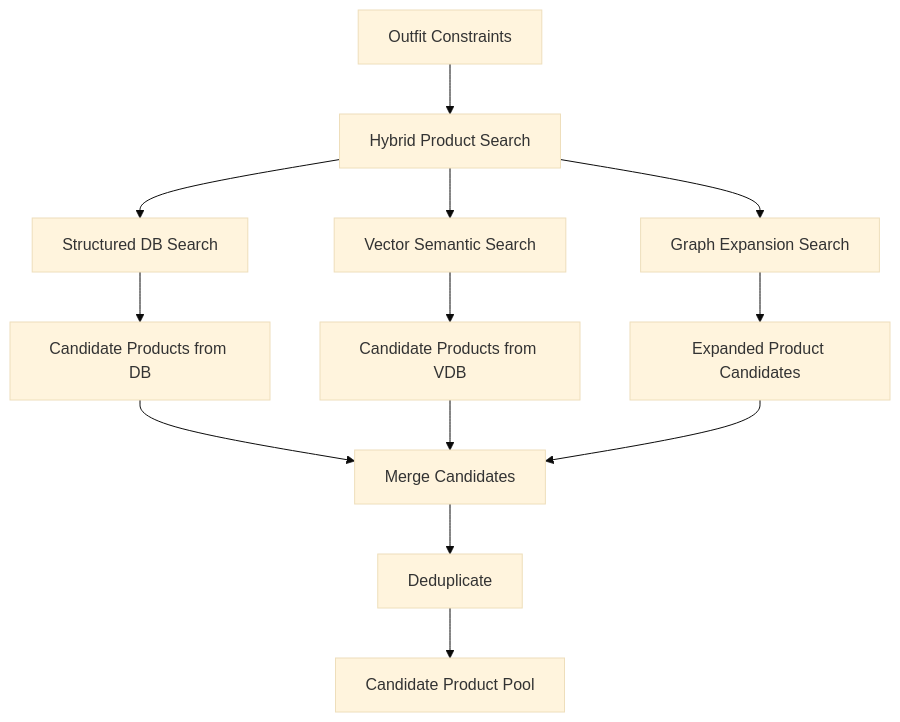
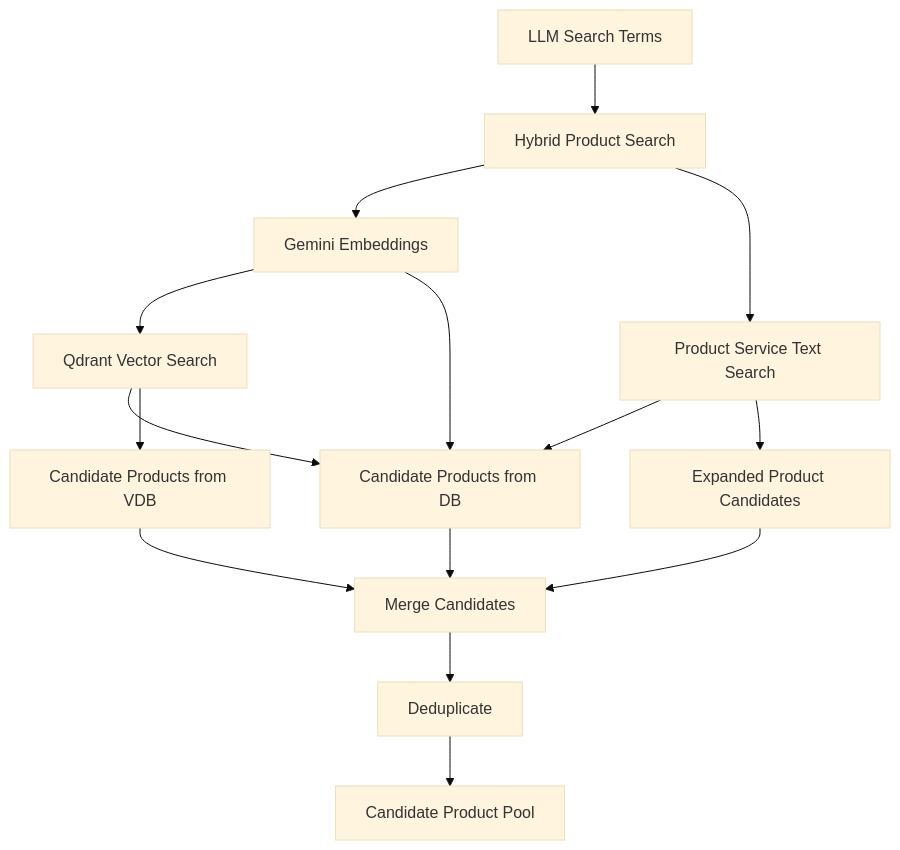
One commit to chuong2610/AI-stylist-recommendation changed the fourth of 7 diagrams in pipeline.md. Above: the diagram before and after it, drawn with Mermaid (base theme). The commit also changed other lines of this file and 26 other files, not shown here.

Commit message:
Refactor recommendation pipeline and hybrid product search

````diff
--- a/pipeline.md
+++ b/pipeline.md
@@ -609,19 +610,21 @@
 ```mermaid
 flowchart TD
-    A[Outfit Constraints] --> B[Hybrid Product Search]
+    A[LLM Search Terms] --> B[Hybrid Product Search]
 
-    B --> C[Structured DB Search]
-    B --> D[Vector Semantic Search]
-    B --> E[Graph Expansion Search]
+    B --> C[Gemini Embeddings]
+    C --> D[Qdrant Vector Search]
+    B --> E[Product Service Text Search]
+    D --> F[Candidates By Target]
+    E --> F
 
     C --> F[Candidate Products from DB]
     D --> G[Candidate Products from VDB]
     E --> H[Expanded Product Candidates]
 
     F --> I[Merge Candidates]
     G --> I
     H --> I
 
     I --> J[Deduplicate]
     J --> K[Candidate Product Pool]
 ```
````
